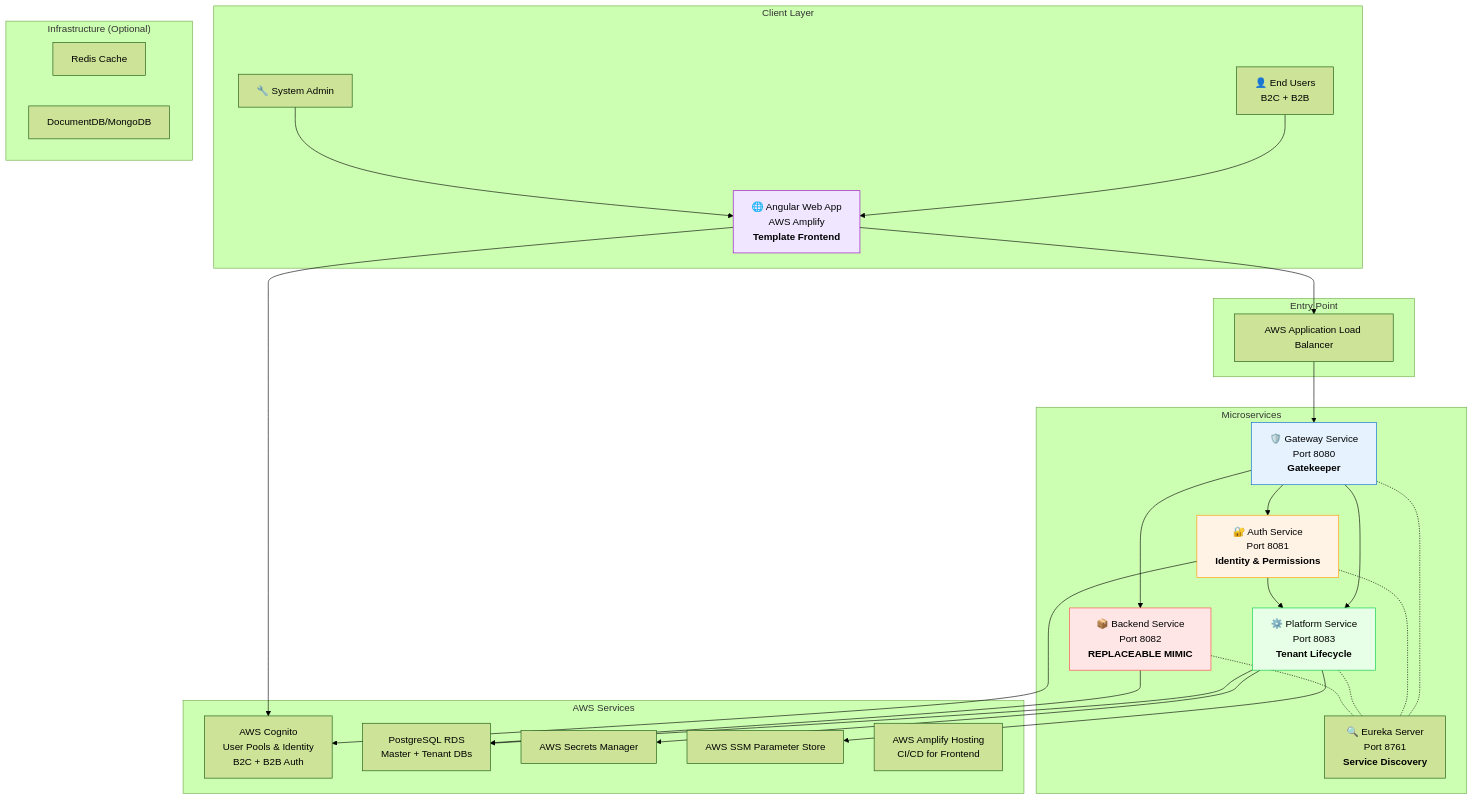
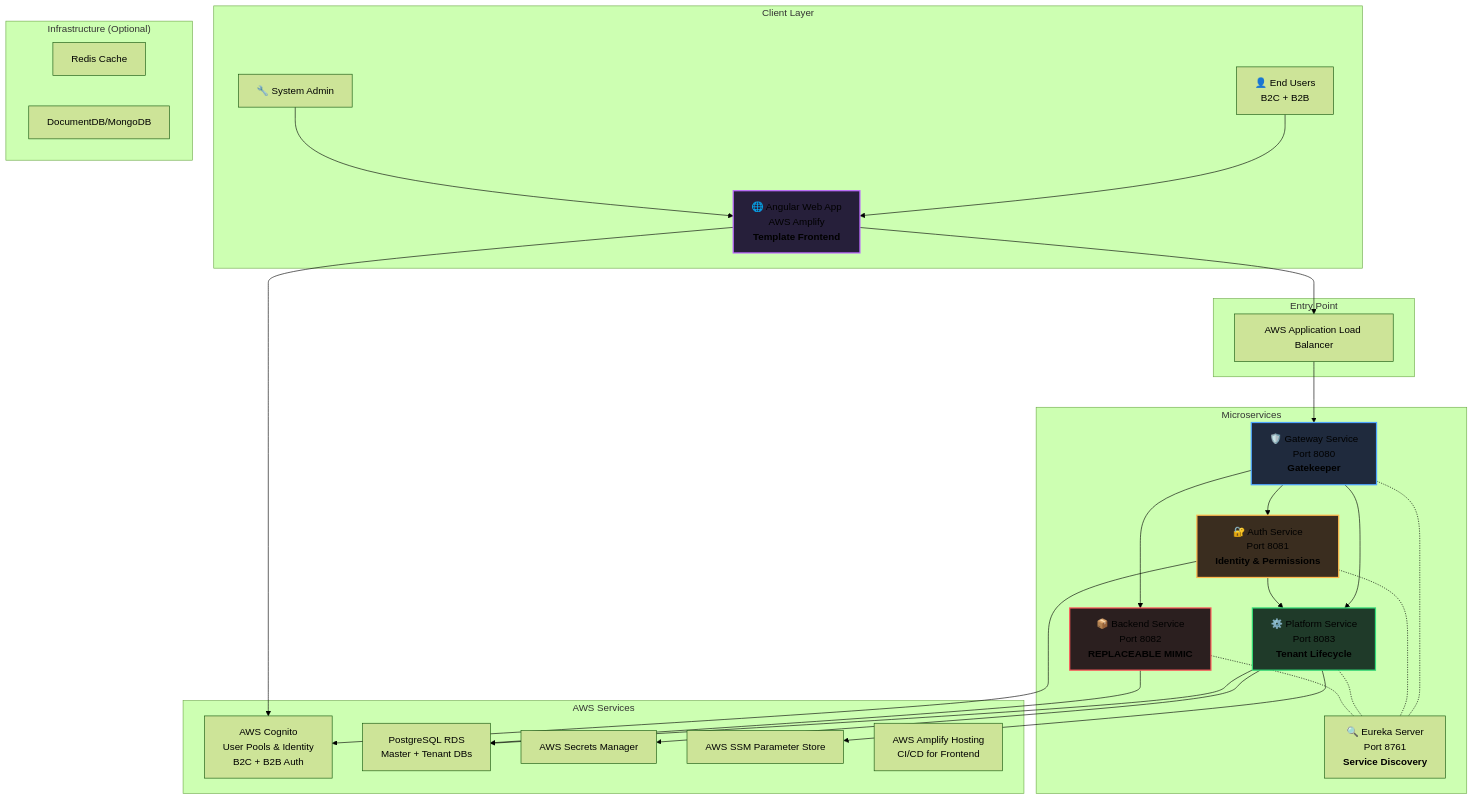
One commit to pawanraocse/aws-infra changed the first of 3 diagrams in HLD.md. Above: the diagram before and after it, drawn with Mermaid (forest theme). The commit also changed 12 other files, not shown here.

Commit message:
Expanded HLD with Angular frontend details; updated architecture diagram for B2B/B2C flows and AWS Amplify integration; documented frontend features and multi-tenant support

````diff
--- a/HLD.md
+++ b/HLD.md
@@ -25,62 +25,63 @@
 ```mermaid
 graph TB
     subgraph "Client Layer"
         WebApp[🌐 Angular Web App<br/>AWS Amplify<br/><b>Template Frontend</b>]
         User[👤 End Users<br/>B2C + B2B]
         Admin[🔧 System Admin]
     end
     
     subgraph "Entry Point"
         ALB[AWS Application Load Balancer]
     end
     
     subgraph "Microservices"
         Gateway[🛡️ Gateway Service<br/>Port 8080<br/><b>Gatekeeper</b>]
         Auth[🔐 Auth Service<br/>Port 8081<br/><b>Identity & Permissions</b>]
         Platform[⚙️ Platform Service<br/>Port 8083<br/><b>Tenant Lifecycle</b>]
         Backend[📦 Backend Service<br/>Port 8082<br/><b>REPLACEABLE MIMIC</b>]
         Eureka[🔍 Eureka Server<br/>Port 8761<br/><b>Service Discovery</b>]
     end
     
     subgraph "AWS Services"
         Cognito[AWS Cognito<br/>User Pools & Identity<br/>B2C + B2B Auth]
         RDS[PostgreSQL RDS<br/>Master + Tenant DBs]
         SecretsManager[AWS Secrets Manager]
         SSM[AWS SSM Parameter Store]
         Amplify[AWS Amplify Hosting<br/>CI/CD for Frontend]
     end
     
     subgraph "Infrastructure (Optional)"
         Redis[Redis Cache]
         DocumentDB[DocumentDB/MongoDB]
     end
     
     User --> WebApp
     Admin --> WebApp
     WebApp --> Cognito
     WebApp --> ALB
     ALB --> Gateway
     
     Gateway --> Auth
     Gateway --> Platform
     Gateway --> Backend
     
     Gateway -.- Eureka
     Auth -.- Eureka
     Platform -.- Eureka
     Backend -.- Eureka
     
     Auth --> Cognito
     Auth --> Platform
     Platform --> RDS
     Backend --> RDS
     
     Platform --> SecretsManager
     Platform --> SSM
-    
-    style Backend fill:#ffe6e6,stroke:#ff4444
-    style Gateway fill:#e6f3ff,stroke:#0066cc
-    style Auth fill:#fff3e6,stroke:#ff9900
-    style Platform fill:#e6ffe6,stroke:#00cc44
-    style WebApp fill:#f0e6ff,stroke:#9900cc
+
+    style Backend fill:#2b1f1f,stroke:#ff5c5c,stroke-width:2px
+    style Gateway fill:#1f2a3d,stroke:#4da3ff,stroke-width:2px
+    style Auth fill:#3a2d1f,stroke:#ffb84d,stroke-width:2px
+    style Platform fill:#1f3a29,stroke:#33dd77,stroke-width:2px
+    style WebApp fill:#261f3a,stroke:#bb66ff,stroke-width:2px
+
 ```
````
